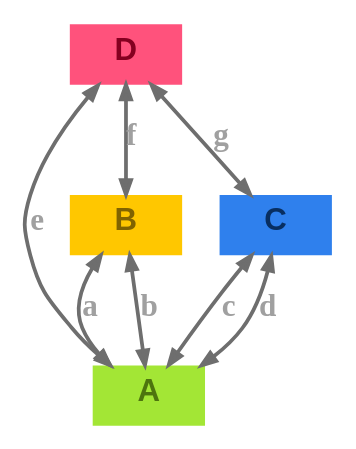
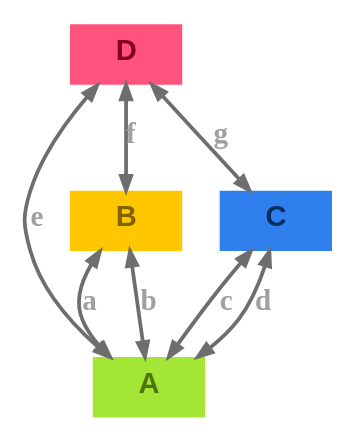
Before and after one commit to m-bock/purescript-transit: the diagram in renders/bridges-koenigsberg_graph-dark.dot, drawn with Graphviz. The commit also changed 29 other files, not shown here.

```diff
--- a/renders/bridges-koenigsberg_graph-dark.dot
+++ b/renders/bridges-koenigsberg_graph-dark.dot
@@ -1,40 +1,40 @@
 digraph {
   // Global attributes
   graph [
     rankdir = TD
     labelloc = t
-    fontsize = 15.0
+    fontsize = 14.0
     bgcolor = "#00000000"
     color = "#c8c8c8"
     fontcolor = "#c8c8c8"
     layout = dot
     rankdir = TD
   ]
   node [
     style = filled
-    fontsize = 15.0
+    fontsize = 14.0
     fontname = Arial
     penwidth = 0.0
     labelloc = c
   ]
   edge [
     arrowsize = 0.7
     penwidth = 1.8
-    fontsize = 15.0
+    fontsize = 14.0
   ]
   
   // Nodes
   A [shape = box, label = <<b>A</b>>, height = 0.4, fontcolor = "#4d740e", fillcolor = "#a3e635", color = "#a3e635"]
   B [shape = box, label = <<b>B</b>>, height = 0.4, fontcolor = "#806300", fillcolor = "#ffc700", color = "#ffc700"]
   C [shape = box, label = <<b>C</b>>, height = 0.4, fontcolor = "#082e61", fillcolor = "#2f80ed", color = "#2f80ed"]
   D [shape = box, label = <<b>D</b>>, height = 0.4, fontcolor = "#850020", fillcolor = "#ff527c", color = "#ff527c"]
   
   // Edges
   B -> A [label = <<b>a</b>>, dir = both, color = "#6e6e6e", fontcolor = "#a0a0a0"]
   B -> A [label = <<b>b</b>>, dir = both, color = "#6e6e6e", fontcolor = "#a0a0a0"]
   C -> A [label = <<b>c</b>>, dir = both, color = "#6e6e6e", fontcolor = "#a0a0a0"]
   C -> A [label = <<b>d</b>>, dir = both, color = "#6e6e6e", fontcolor = "#a0a0a0"]
   D -> A [label = <<b>e</b>>, dir = both, color = "#6e6e6e", fontcolor = "#a0a0a0"]
   D -> B [label = <<b>f</b>>, dir = both, color = "#6e6e6e", fontcolor = "#a0a0a0"]
   D -> C [label = <<b>g</b>>, dir = both, color = "#6e6e6e", fontcolor = "#a0a0a0"]
 }
```
